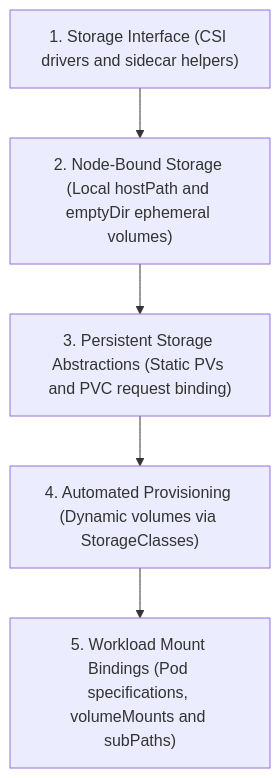
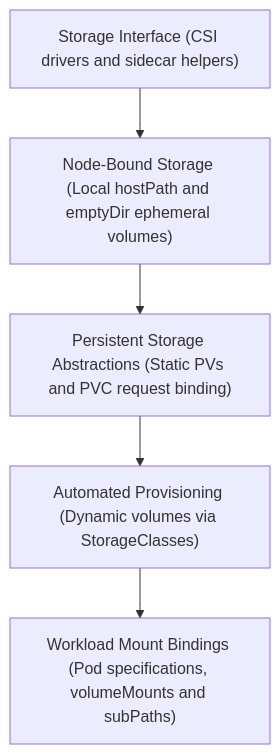
Before and after one commit to kmashour/BrainDump: the first of 2 diagrams in Reference Notes/09_storage_mechanics_and_csi.md, drawn with Mermaid. The commit also changed 15 other files, not shown here.

Commit message:
docs: remove leading numbers from mermaid node labels to avoid list parsing errors

````diff
--- a/Reference Notes/09_storage_mechanics_and_csi.md
+++ b/Reference Notes/09_storage_mechanics_and_csi.md
@@ -11,7 +11,7 @@
 ```mermaid
 graph TD
-    A["1. Storage Interface (CSI drivers and sidecar helpers)"] --> B["2. Node-Bound Storage (Local hostPath and emptyDir ephemeral volumes)"]
-    B --> C["3. Persistent Storage Abstractions (Static PVs and PVC request binding)"]
-    C --> D["4. Automated Provisioning (Dynamic volumes via StorageClasses)"]
-    D --> E["5. Workload Mount Bindings (Pod specifications, volumeMounts and subPaths)"]
+    A["Storage Interface (CSI drivers and sidecar helpers)"] --> B["Node-Bound Storage (Local hostPath and emptyDir ephemeral volumes)"]
+    B --> C["Persistent Storage Abstractions (Static PVs and PVC request binding)"]
+    C --> D["Automated Provisioning (Dynamic volumes via StorageClasses)"]
+    D --> E["Workload Mount Bindings (Pod specifications, volumeMounts and subPaths)"]
 ```
````
